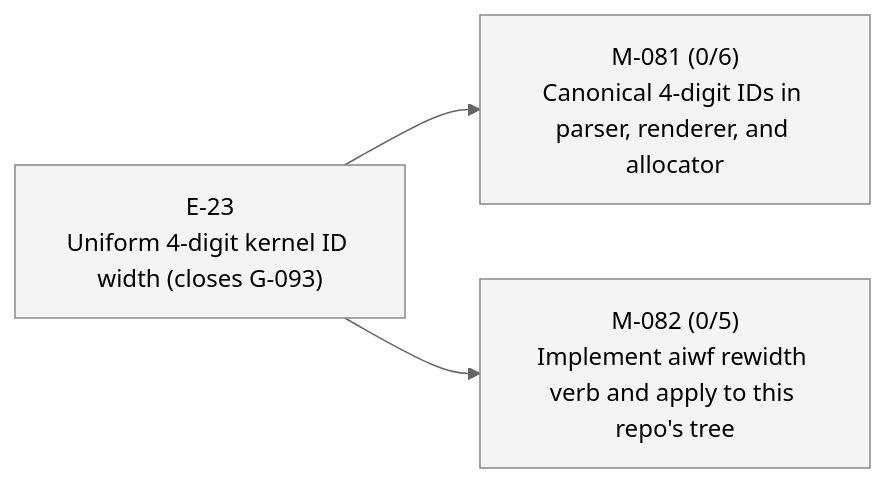
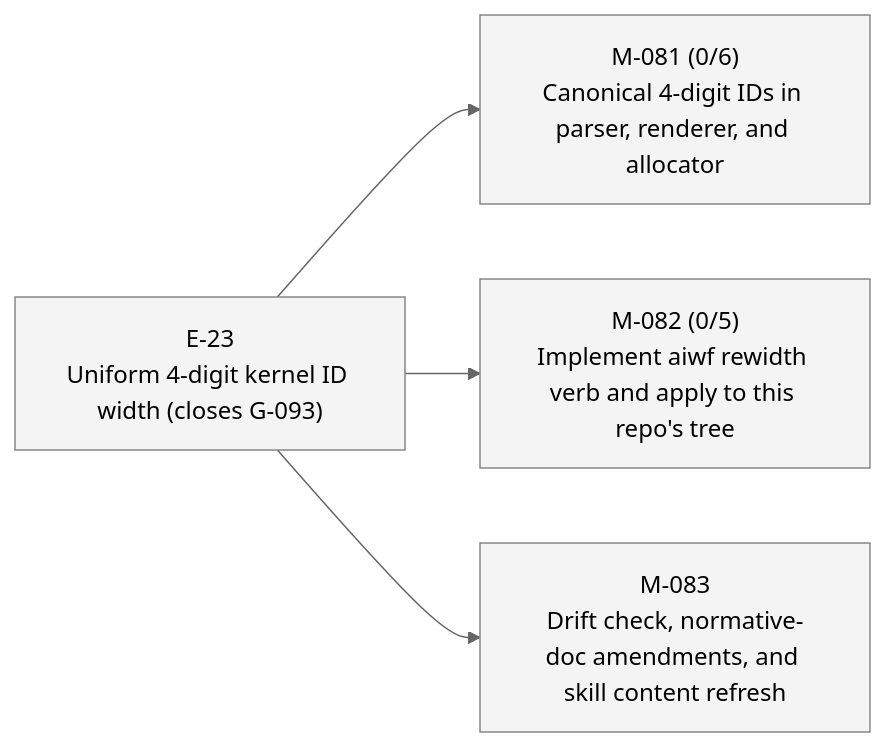
Before and after one commit to 23min/aiwf: the second of 2 diagrams in STATUS.md, drawn with Mermaid (neutral theme). The commit also changed other lines of this file and 1 other file, not shown here.

First line of the commit message:
aiwf add milestone M-083 "Drift check, normative-doc amendments, and skill content refresh"

````diff
--- a/STATUS.md
+++ b/STATUS.md
@@ -46,14 +47,16 @@
 ```mermaid
 flowchart LR
   E_23["E-23<br/>Uniform 4-digit kernel ID width (closes G-093)"]:::epic_proposed
   M_081["M-081 (0/6)<br/>Canonical 4-digit IDs in parser, renderer, and allocator"]:::ms_draft
   E_23 --> M_081
   M_082["M-082 (0/5)<br/>Implement aiwf rewidth verb and apply to this repo's tree"]:::ms_draft
   E_23 --> M_082
+  M_083["M-083<br/>Drift check, normative-doc amendments, and skill content refresh"]:::ms_draft
+  E_23 --> M_083
   classDef epic_active fill:#d6eaff,stroke:#1a73e8,color:#000
   classDef epic_proposed fill:#f4f4f4,stroke:#888,color:#000
   classDef ms_done fill:#d8f5d8,stroke:#2a8a2a,color:#000
   classDef ms_in_progress fill:#fff3c4,stroke:#caa400,color:#000
   classDef ms_draft fill:#f4f4f4,stroke:#888,color:#000
   classDef ms_cancelled fill:#fbeaea,stroke:#c33,color:#000
 ```
````
